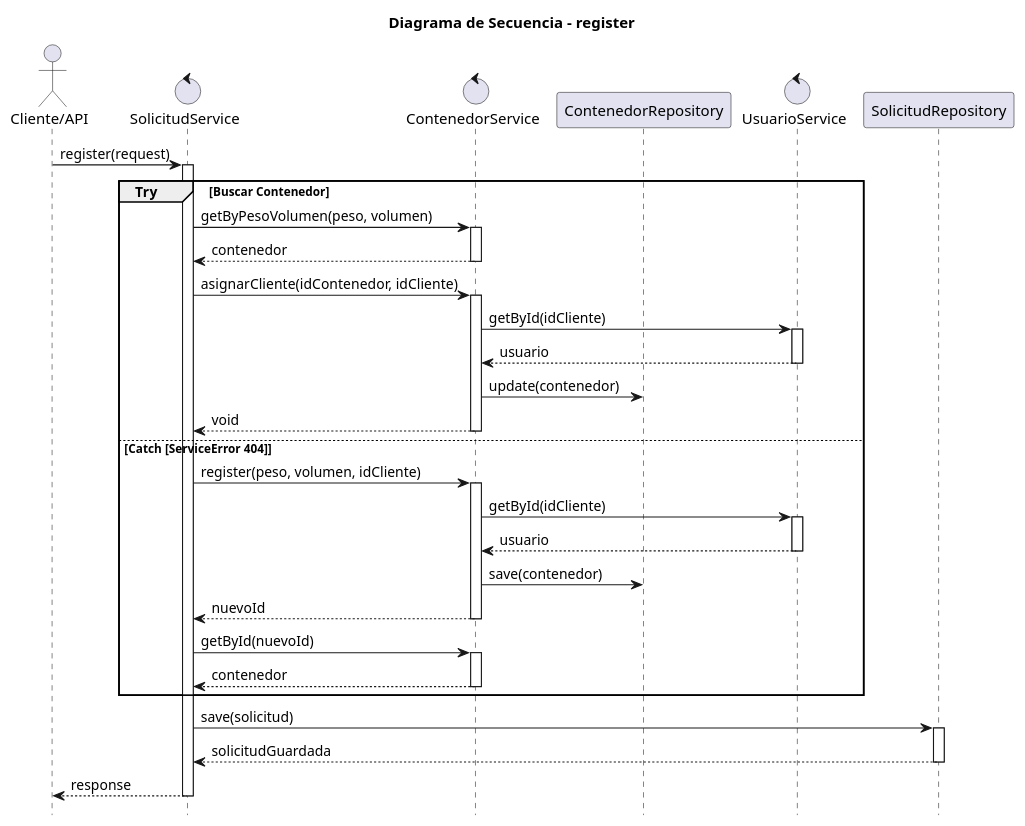
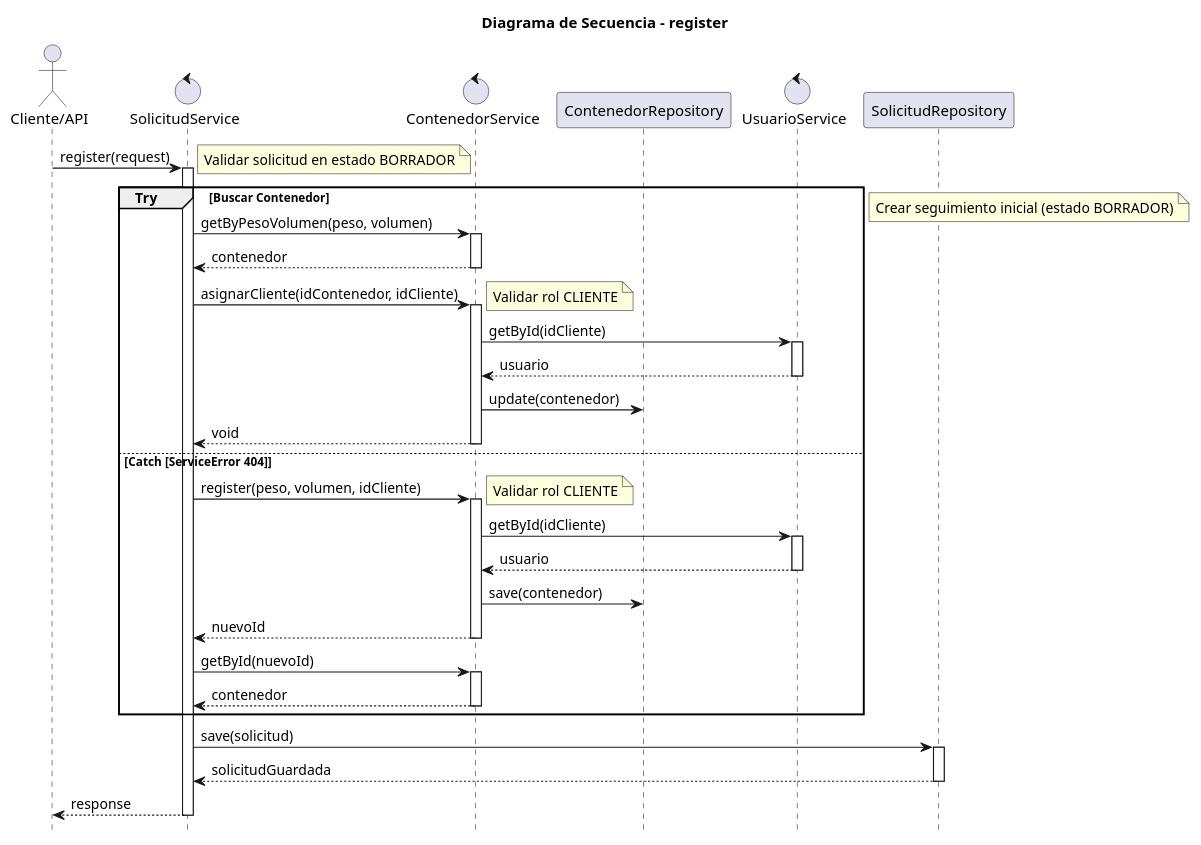
One commit to JulianTs0/contenedores-api changed the diagram in diagramas/registrarSolicitud.puml. Above: the diagram before and after it, drawn with PlantUML. The commit also changed 16 other files, not shown here.

Commit message:
Se actualizaron los diagramas

```diff
--- a/diagramas/registrarSolicitud.puml
+++ b/diagramas/registrarSolicitud.puml
@@ -1,58 +1,64 @@
 @startuml
-title Diagrama de Secuencia - register 
+title Diagrama de Secuencia - register
 
 hide footbox
 
 actor "Cliente/API" as C
 control "SolicitudService" as SS
 control "ContenedorService" as CS
 participant "ContenedorRepository" as CR
 control "UsuarioService" as US
 participant "SolicitudRepository" as STR
 
 C -> SS: register(request)
 
 activate SS
 
+note right: Validar solicitud en estado BORRADOR
+
 group Try [Buscar Contenedor]
     SS -> CS: getByPesoVolumen(peso, volumen)
     activate CS
     CS --> SS: contenedor
     deactivate CS
-    
+
     SS -> CS: asignarCliente(idContenedor, idCliente)
     activate CS
+    note right: Validar rol CLIENTE
     CS -> US: getById(idCliente)
     activate US
     US --> CS: usuario
     deactivate US
     CS -> CR: update(contenedor)
     CS --> SS: void
     deactivate CS
 
 else Catch [ServiceError 404]
     SS -> CS: register(peso, volumen, idCliente)
     activate CS
+    note right: Validar rol CLIENTE
     CS -> US: getById(idCliente)
     activate US
     US --> CS: usuario
     deactivate US
     CS -> CR: save(contenedor)
     CS --> SS: nuevoId
     deactivate CS
 
     SS -> CS: getById(nuevoId)
     activate CS
     CS --> SS: contenedor
     deactivate CS
 end
 
+note right: Crear seguimiento inicial (estado BORRADOR)
+
 SS -> STR: save(solicitud)
 
 activate STR
 STR --> SS: solicitudGuardada
 deactivate STR
 
 SS --> C: response
 deactivate SS
 @enduml
```
